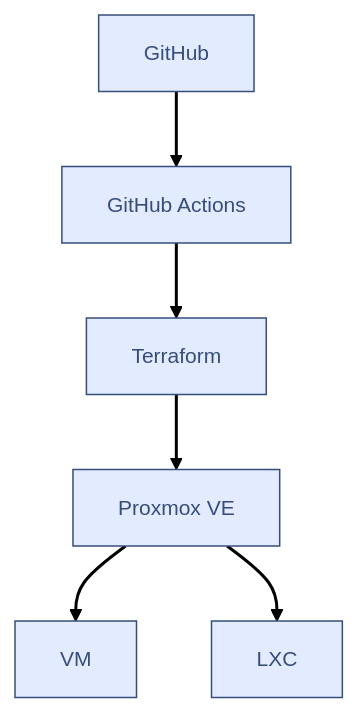
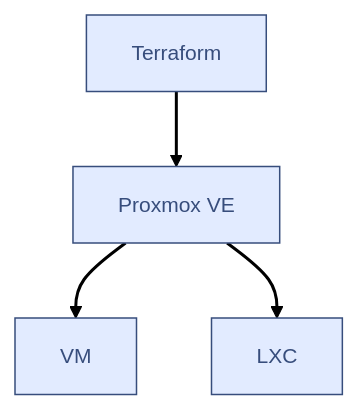
One commit to rs235/infrastructure changed the second of 3 diagrams in README.md. Above: the diagram before and after it, drawn with Mermaid. The commit also changed other lines of this file, not shown here.

Commit message:
Further work on README

````diff
--- a/README.md
+++ b/README.md
@@ -56,19 +56,15 @@
 ``` mermaid
 ---
 config:
   theme: redux
 ---
 flowchart TB
-    n14["GitHub"] --> n15["GitHub Actions"]
-    n15 --> n16["Terraform"]
-    n16 --> n17["Proxmox VE"]
-    n17 --> n18["VM"] & n19["LXC"]
+    n1["Terraform"] --> n2["Proxmox VE"]
+    n2["Proxmox VE"] --> n3["VM"] & n4["LXC"]
 
-     n14:::Sky
-     n15:::Sky
-     n16:::Sky
-     n17:::Sky
-     n18:::Sky
-     n19:::Sky
+     n1:::Sky
+     n2:::Sky
+     n3:::Sky
+     n4:::Sky
      classDef Sky stroke-width:1px, stroke-dasharray:none, stroke:#374D7C, fill:#E2EBFF, color:#374D7C
 ```
````
